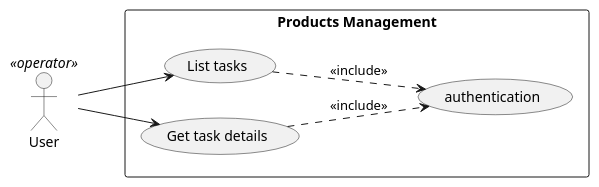
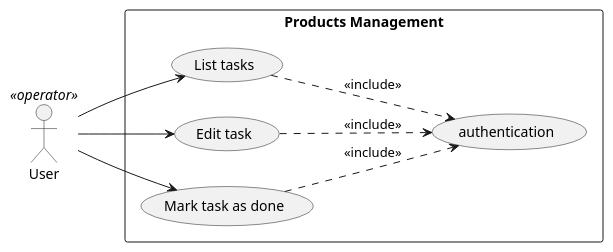
One commit to Xwyk/todoco changed the diagram in diagrams/UseCases/UseCase_TaskManagement.puml. Above: the diagram before and after it, drawn with PlantUML. The commit also changed 8 other files, not shown here.

```diff
--- a/diagrams/UseCases/UseCase_TaskManagement.puml
+++ b/diagrams/UseCases/UseCase_TaskManagement.puml
@@ -1,18 +1,21 @@
 @startuml
 left to right direction
 
 User    <<operator>> as user
 
 rectangle "Products Management" {
   (List tasks) as listTasks
-  (Get task details) as getDetails
+  (Edit task) as editTask
+  (Mark task as done) as markDone
   (authentication) as auth
 }
 
 user --> listTasks
-user --> getDetails
+user --> editTask
+user --> markDone
 
 listTasks ..> auth : <<include>>
-getDetails ..> auth : <<include>>
+editTask ..> auth : <<include>>
+markDone ..> auth : <<include>>
 
 @enduml
```
